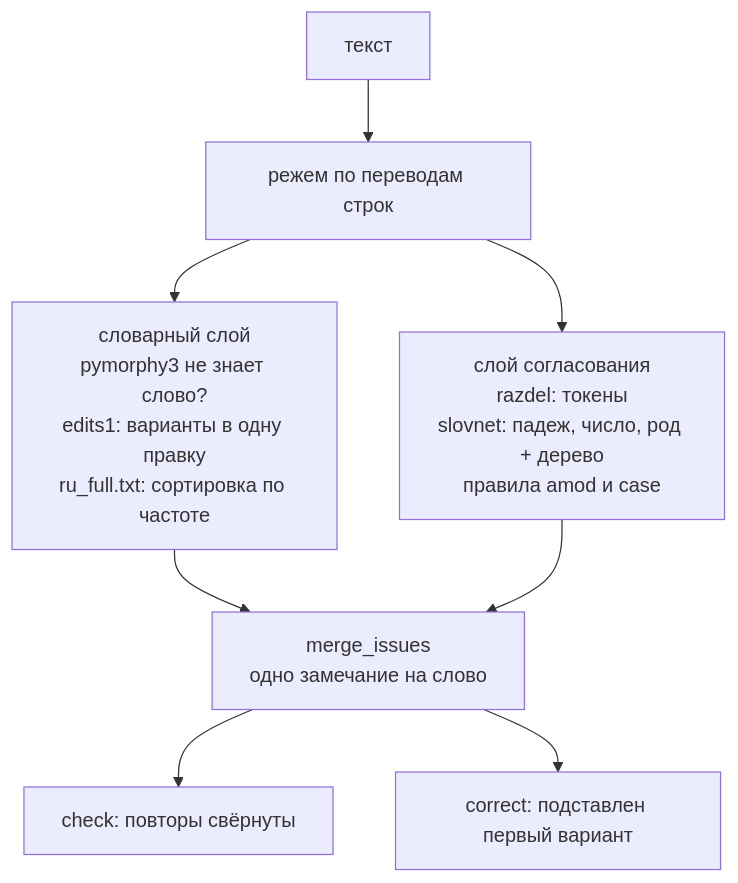
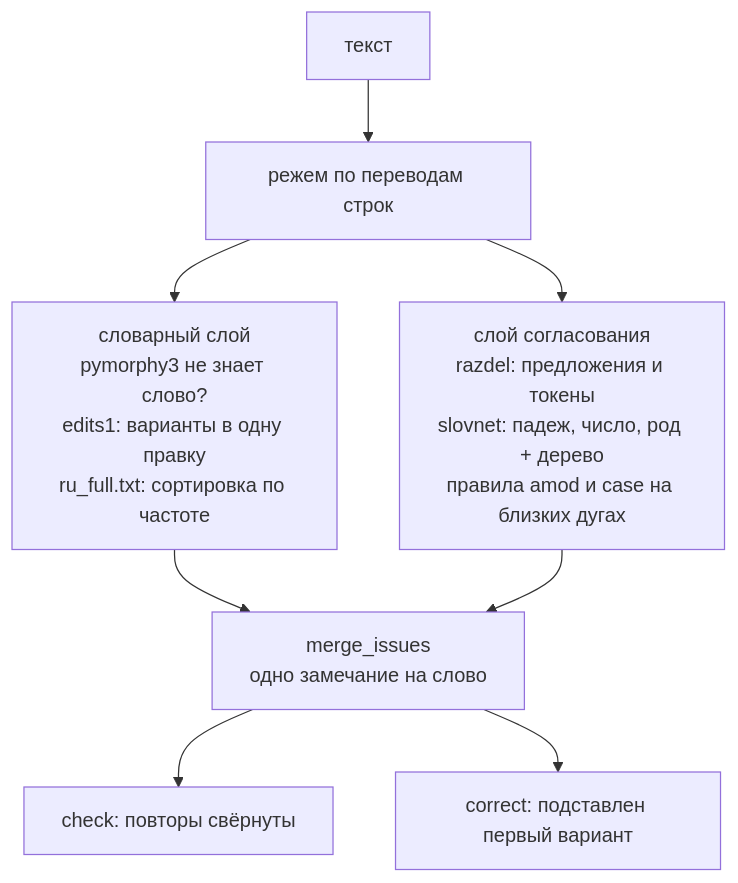
The diagram in README.md (EZHOWWW/ruspell), drawn with Mermaid before and after one commit. The commit also changed other lines of this file and 11 other files, not shown here.

````diff
--- a/README.md
+++ b/README.md
@@ -40,10 +40,10 @@
 ```mermaid
 flowchart TD
     T["текст"] --> S["режем по переводам строк"]
     S --> D["словарный слой<br/>pymorphy3 не знает слово?<br/>edits1: варианты в одну правку<br/>ru_full.txt: сортировка по частоте"]
-    S --> A["слой согласования<br/>razdel: токены<br/>slovnet: падеж, число, род + дерево<br/>правила amod и case"]
+    S --> A["слой согласования<br/>razdel: предложения и токены<br/>slovnet: падеж, число, род + дерево<br/>правила amod и case на близких дугах"]
     D --> M["merge_issues<br/>одно замечание на слово"]
     A --> M
     M --> C["check: повторы свёрнуты"]
     M --> R["correct: подставлен первый вариант"]
 ```
````
